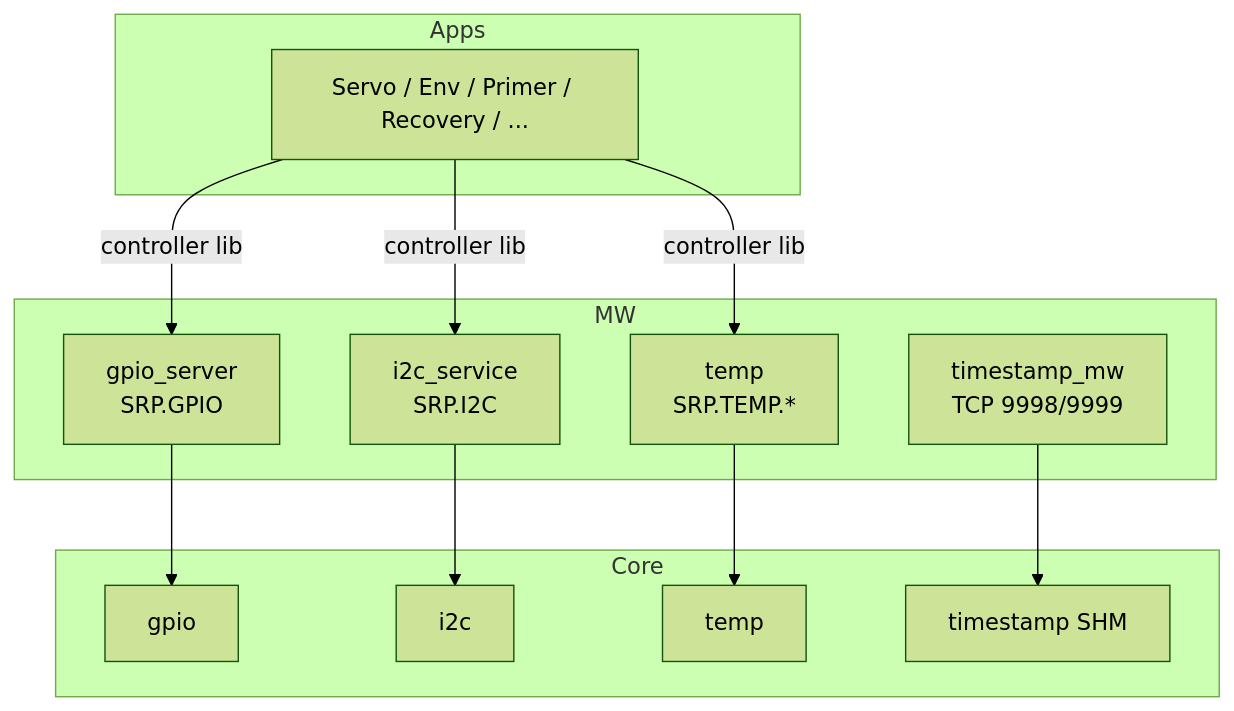
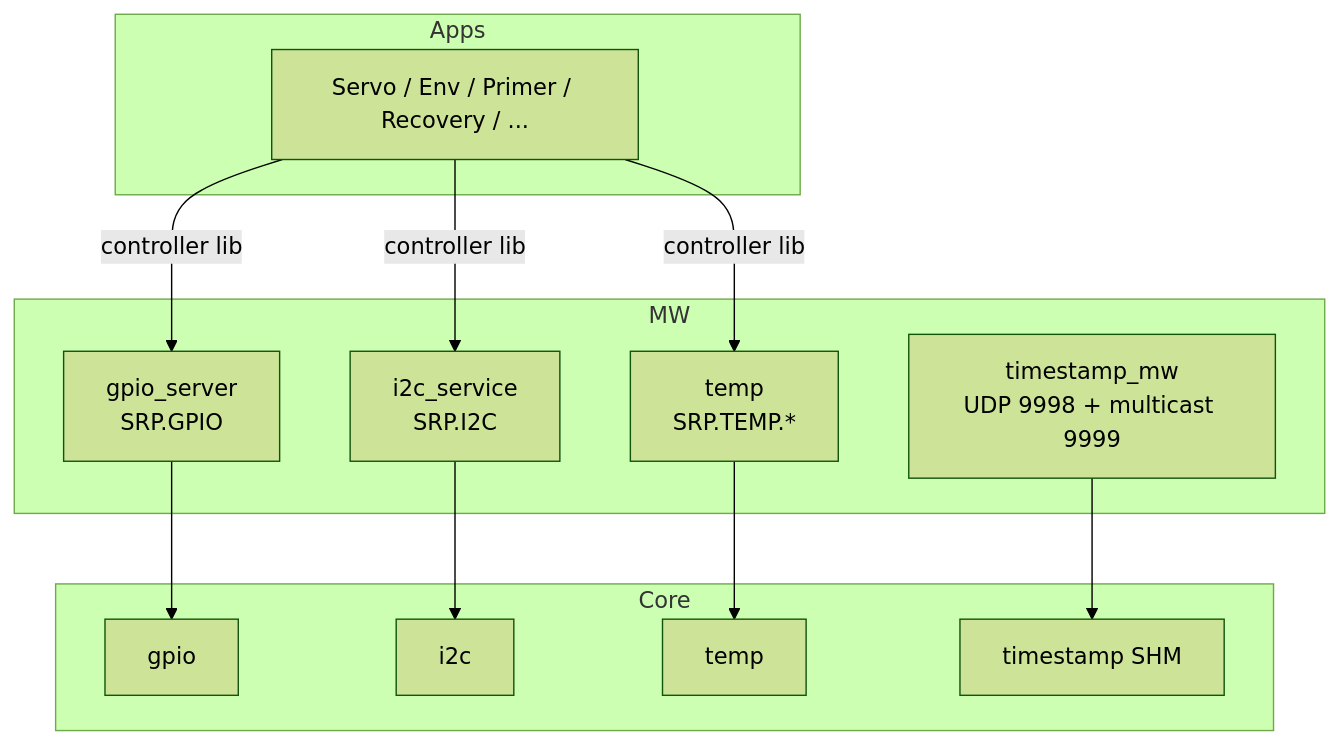
Before and after one commit to Simba-Avionic/srp: the diagram in mw/README.md, drawn with Mermaid (forest theme). The commit also changed other lines of this file, not shown here.

````diff
--- a/mw/README.md
+++ b/mw/README.md
@@ -11,23 +11,23 @@
 ```mermaid
 flowchart TB
   subgraph Apps
     A[Servo / Env / Primer / Recovery / ...]
   end
   subgraph MW
     G[gpio_server<br/>SRP.GPIO]
     I[i2c_service<br/>SRP.I2C]
     T[temp<br/>SRP.TEMP.*]
-    TS[timestamp_mw<br/>TCP 9998/9999]
+    TS[timestamp_mw<br/>UDP 9998 + multicast 9999]
   end
   subgraph Core
     CG[gpio]
     CI[i2c]
     CT[temp]
     CTS[timestamp SHM]
   end
   A -->|controller lib| G & I & T
   TS --> CTS
   G --> CG
   I --> CI
   T --> CT
 ```
````
